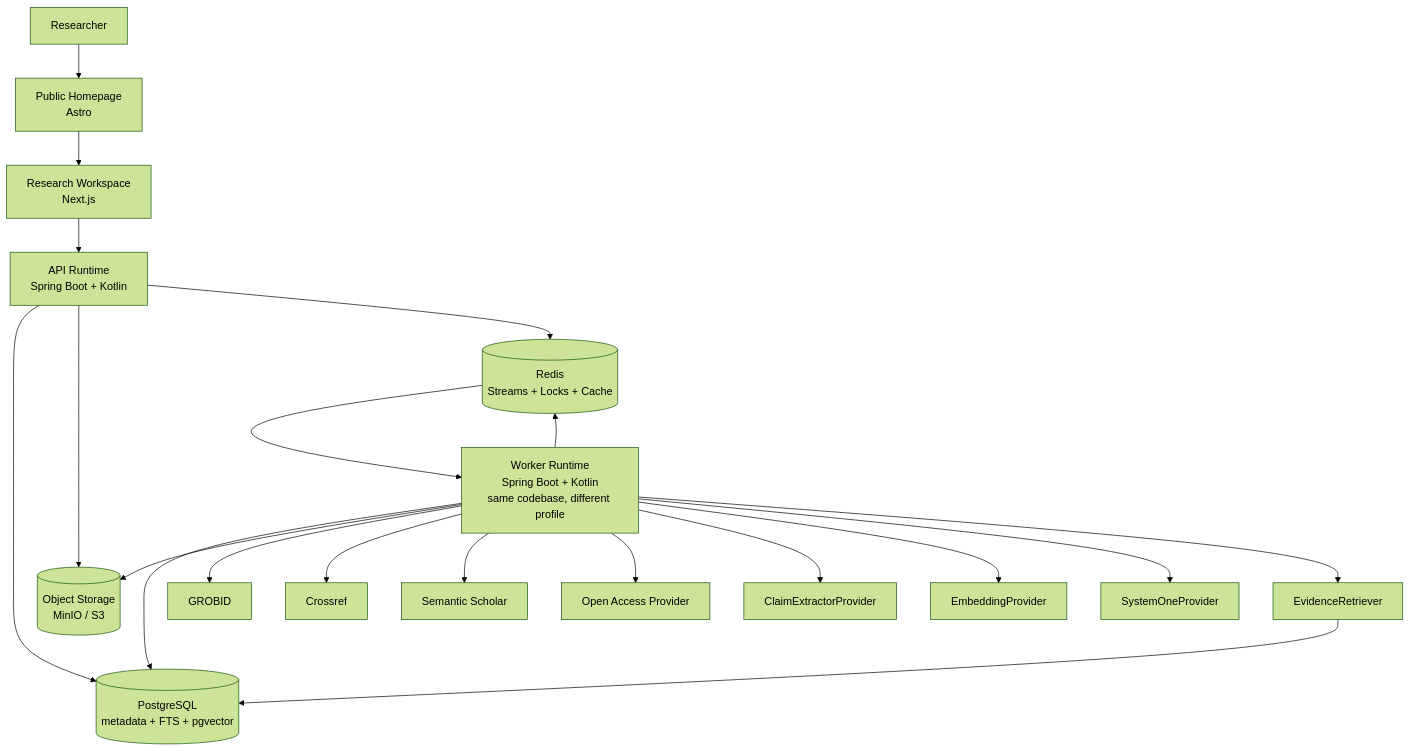
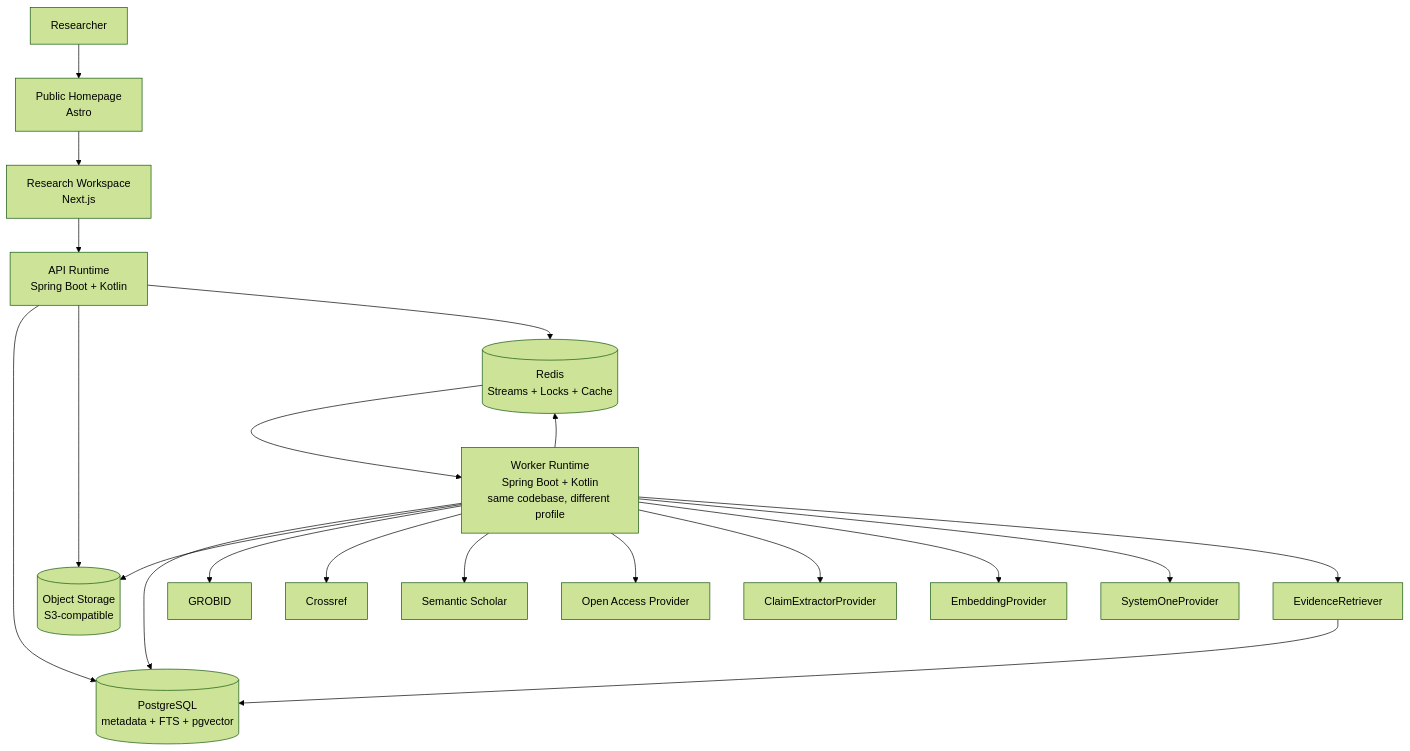
The first of 8 diagrams in docs/paper-t-rail-tech-design.md (arrokh/paper-t-rail), drawn with Mermaid (forest theme) before and after one commit. The commit also changed other lines of this file and 19 other files, not shown here.

First line of the commit message:
[infra] feat: Replace local object storage

````diff
--- a/docs/paper-t-rail-tech-design.md
+++ b/docs/paper-t-rail-tech-design.md
@@ -405,49 +405,49 @@
 ```mermaid
 flowchart TB
     RESEARCHER["Researcher"]
     HOME["Public Homepage<br/>Astro"]
     WEB["Research Workspace<br/>Next.js"]
 
     API["API Runtime<br/>Spring Boot + Kotlin"]
 
     WORKER["Worker Runtime<br/>Spring Boot + Kotlin<br/>same codebase, different profile"]
 
     PG[("PostgreSQL<br/>metadata + FTS + pgvector")]
     REDIS[("Redis<br/>Streams + Locks + Cache")]
-    OBJ[("Object Storage<br/>MinIO / S3")]
+    OBJ[("Object Storage<br/>S3-compatible")]
 
     GROBID["GROBID"]
 
     CROSSREF["Crossref"]
     S2["Semantic Scholar"]
     OA["Open Access Provider"]
 
     CLAIM["ClaimExtractorProvider"]
     EMB["EmbeddingProvider"]
     SYS1["SystemOneProvider"]
     RET["EvidenceRetriever"]
 
     RESEARCHER --> HOME
     HOME --> WEB
     WEB --> API
     API --> PG
     API --> OBJ
     API --> REDIS
 
     REDIS --> WORKER
     WORKER --> REDIS
     WORKER --> PG
     WORKER --> OBJ
 
     WORKER --> GROBID
     WORKER --> CROSSREF
     WORKER --> S2
     WORKER --> OA
 
     WORKER --> CLAIM
     WORKER --> EMB
     WORKER --> SYS1
     WORKER --> RET
 
     RET --> PG
 ```
````
